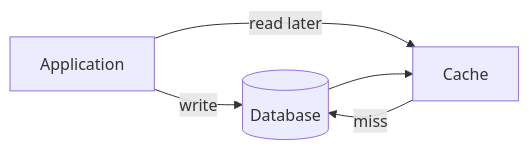
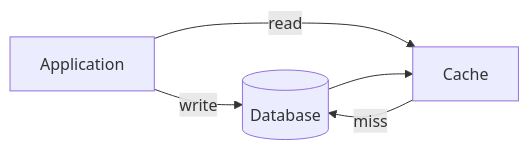
One commit to hareramcse/SystemDesign changed the ninth of 20 diagrams in 03-caching/README.md. Above: the diagram before and after it, drawn with Mermaid. The commit also changed other lines of this file and 14 other files, not shown here.

````diff
--- a/03-caching/README.md
+++ b/03-caching/README.md
@@ -342,6 +530,6 @@
 ```mermaid
 flowchart LR
     App[Application] -->|write| DB[(Database)]
-    App -->|read later| Cache[Cache] -->|miss| DB
+    App -->|read| Cache[Cache] -->|miss| DB
     DB --> Cache
 ```
````
